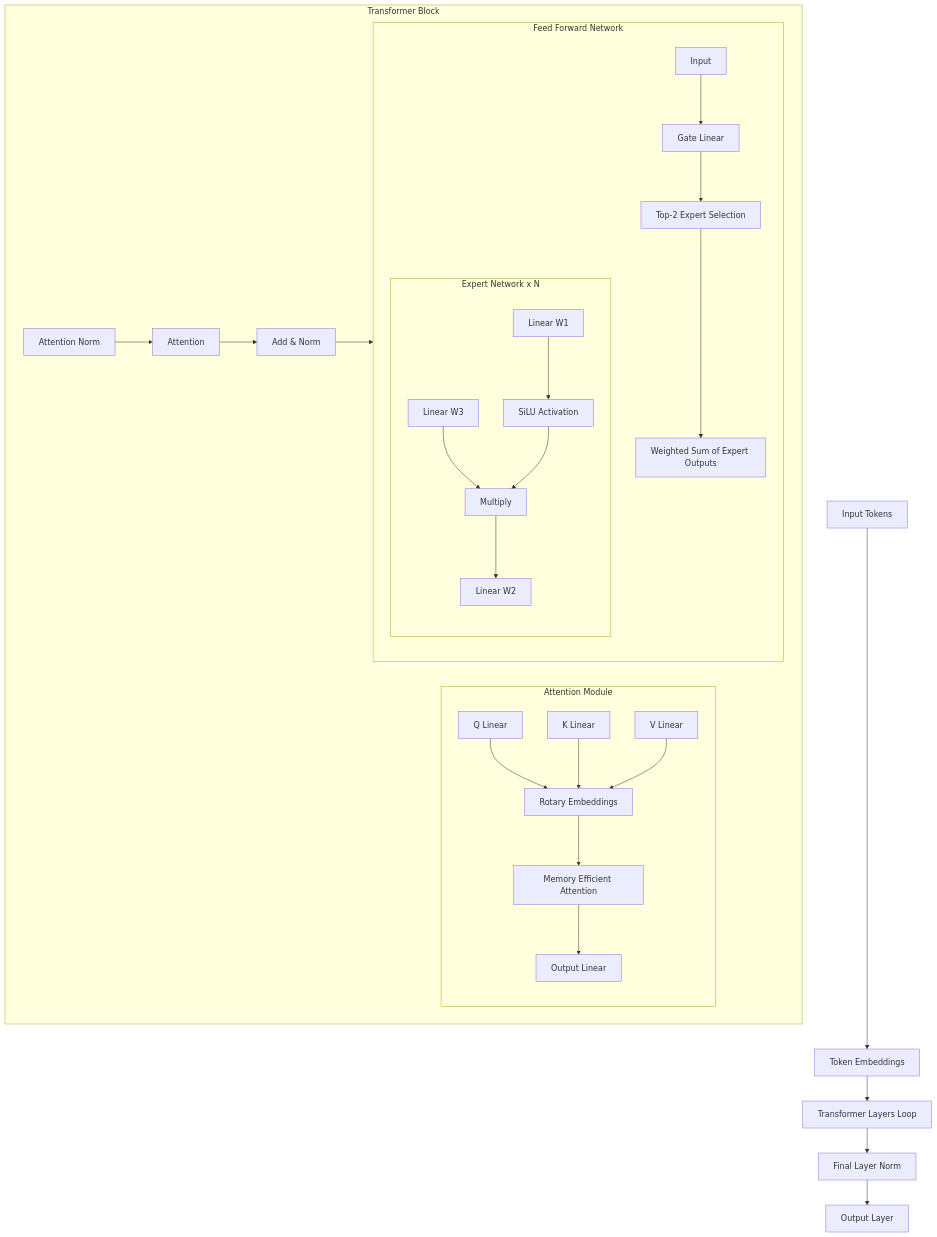
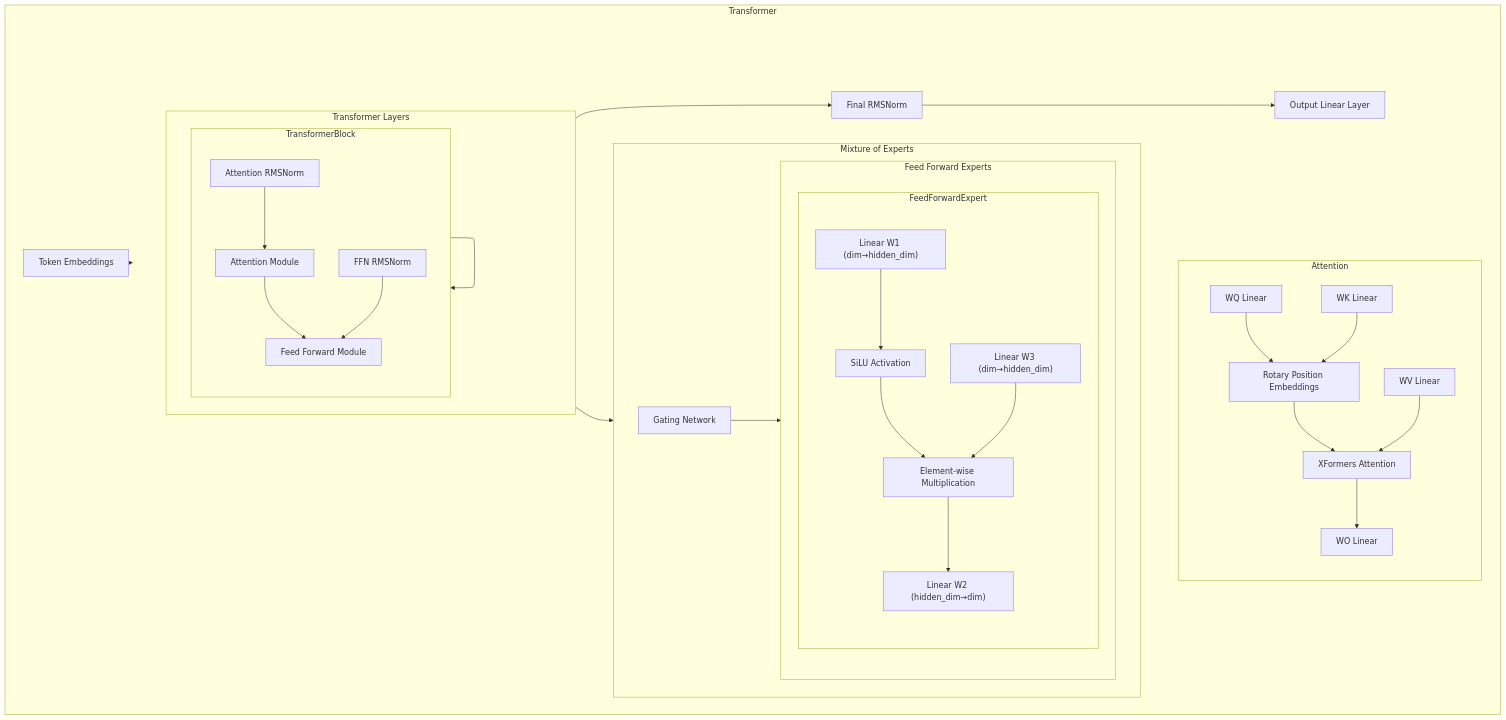
The diagram in README.md (mehdihosseinimoghadam/Complex-Neural-Networks), drawn with Mermaid before and after one commit.

````diff
--- a/README.md
+++ b/README.md
@@ -18,34 +18,75 @@
 ```mermaid
 flowchart TD
-    Input[Input Tokens] --> Embed[Token Embeddings]
-    Embed --> TransformerLoop[Transformer Layers Loop]
-    
-    subgraph TransformerBlock[Transformer Block]
-        AN[Attention Norm] --> Att[Attention]
-        Att --> AddNorm1[Add & Norm]
-        AddNorm1 --> FFN[Feed Forward Network]
+    subgraph Transformer["Transformer"]
+        TE["Token Embeddings"]
+        NormOut["Final RMSNorm"]
+        OutLayer["Output Linear Layer"]
         
-        subgraph Attention[Attention Module]
-            Q[Q Linear] & K[K Linear] & V[V Linear] --> ROT[Rotary Embeddings]
-            ROT --> ATTN[Memory Efficient Attention]
-            ATTN --> WO[Output Linear]
+        subgraph Layers["Transformer Layers"]
+            direction LR
+            subgraph TB["TransformerBlock"]
+                direction TB
+                AttNorm["Attention RMSNorm"]
+                Att["Attention Module"]
+                FFNorm["FFN RMSNorm"]
+                FF["Feed Forward Module"]
+            end
         end
         
-        subgraph FFN[Feed Forward Network]
-            Input2[Input] --> Gate[Gate Linear]
-            Gate --> TopK[Top-2 Expert Selection]
+        subgraph Attention["Attention"]
+            direction TB
+            WQ["WQ Linear"]
+            WK["WK Linear"]
+            WV["WV Linear"]
+            WO["WO Linear"]
+            Rot["Rotary Position Embeddings"]
+            XA["XFormers Attention"]
+        end
+        
+        subgraph MoE["Mixture of Experts"]
+            direction LR
+            Gate["Gating Network"]
             
-            subgraph Experts[Expert Network x N]
-                W1[Linear W1] --> SILU[SiLU Activation]
-                W3[Linear W3] --> Mult[Multiply]
-                SILU --> Mult
-                Mult --> W2[Linear W2]
+            subgraph Experts["Feed Forward Experts"]
+                direction TB
+                subgraph FFExpert["FeedForwardExpert"]
+                    W1["Linear W1 (dim→hidden_dim)"]
+                    W3["Linear W3 (dim→hidden_dim)"]
+                    SiLU["SiLU Activation"]
+                    Mul["Element-wise Multiplication"]
+                    W2["Linear W2 (hidden_dim→dim)"]
+                end
             end
-            
-            TopK --> WeightedSum[Weighted Sum of Expert Outputs]
         end
     end
     
-    TransformerLoop --> FinalNorm[Final Layer Norm]
-    FinalNorm --> Output[Output Layer]
+    %% Connections
+    TE --> TB
+    TB --> NormOut
+    NormOut --> OutLayer
+    
+    %% Inside TransformerBlock
+    AttNorm --> Att
+    Att --> FF
+    FFNorm --> FF
+    
+    %% Inside Attention
+    WQ --> Rot
+    WK --> Rot
+    Rot --> XA
+    WV --> XA
+    XA --> WO
+    
+    %% Inside MoE
+    Gate --> Experts
+    
+    %% Inside FFExpert
+    W1 --> SiLU
+    SiLU --> Mul
+    W3 --> Mul
+    Mul --> W2
+    
+    %% Main Connections
+    TB --> TB
+    FF --> MoE
 ```
````
